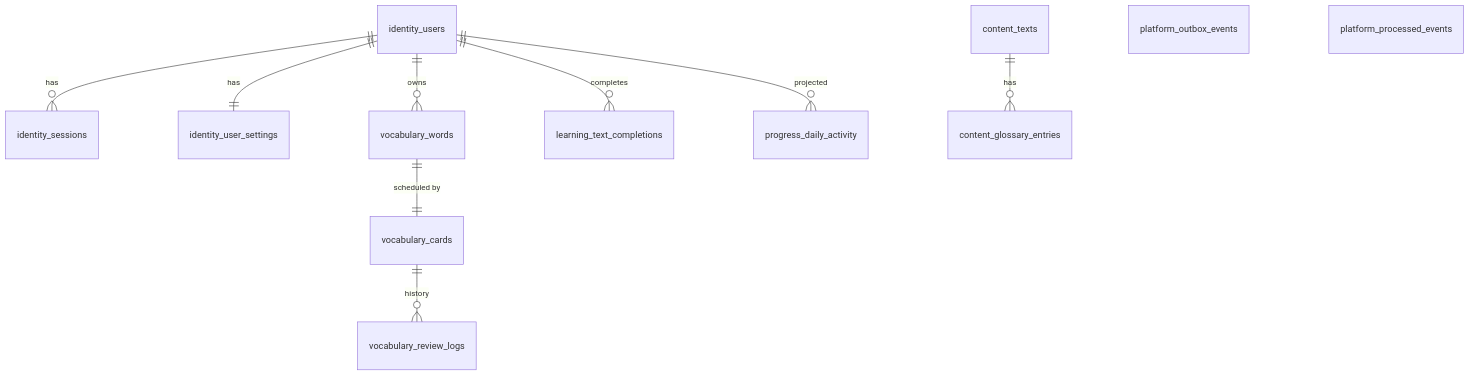
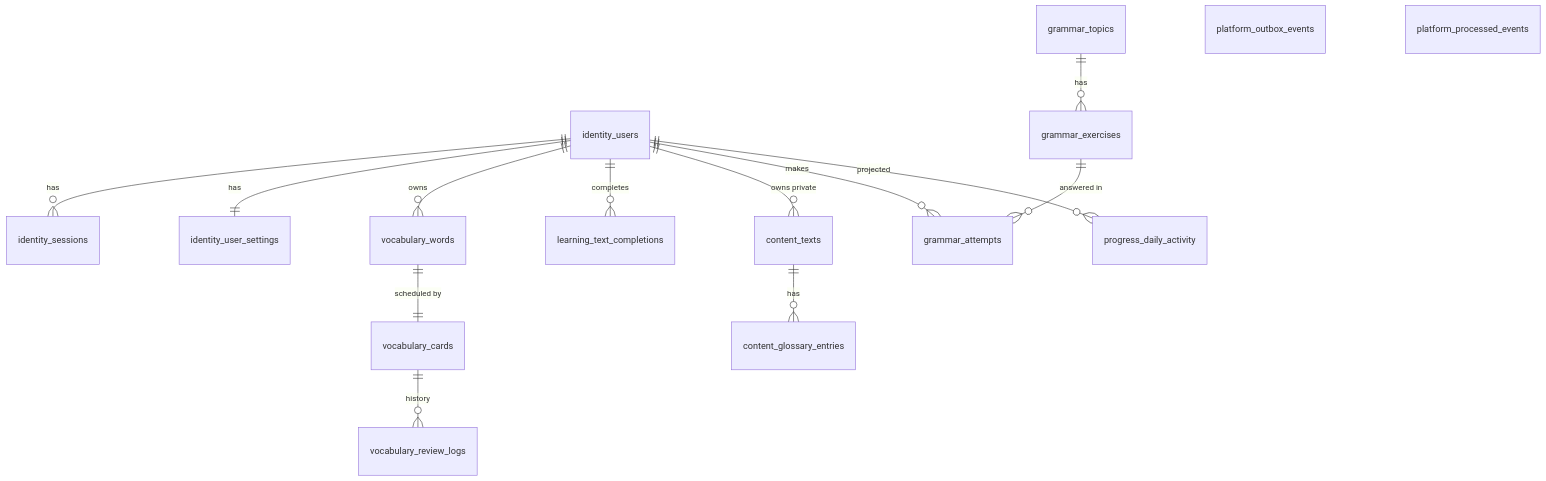
The third of 6 diagrams in ARCHITECTURE.md (sen4ch/LingoUp), drawn with Mermaid before and after one commit. The commit also changed other lines of this file and 114 other files, not shown here.

First line of the commit message:
feat: add grammar lessons, AI texts from the learner's words and word practice

````diff
--- a/ARCHITECTURE.md
+++ b/ARCHITECTURE.md
@@ -121,13 +125,17 @@
 ```mermaid
 erDiagram
     identity_users ||--o{ identity_sessions : has
     identity_users ||--|| identity_user_settings : has
     identity_users ||--o{ vocabulary_words : owns
     vocabulary_words ||--|| vocabulary_cards : "scheduled by"
     vocabulary_cards ||--o{ vocabulary_review_logs : "history"
     content_texts ||--o{ content_glossary_entries : has
     identity_users ||--o{ learning_text_completions : completes
+    identity_users ||--o{ content_texts : "owns private"
+    grammar_topics ||--o{ grammar_exercises : has
+    grammar_exercises ||--o{ grammar_attempts : "answered in"
+    identity_users ||--o{ grammar_attempts : makes
     identity_users ||--o{ progress_daily_activity : "projected"
     platform_outbox_events
     platform_processed_events
 ```
````
